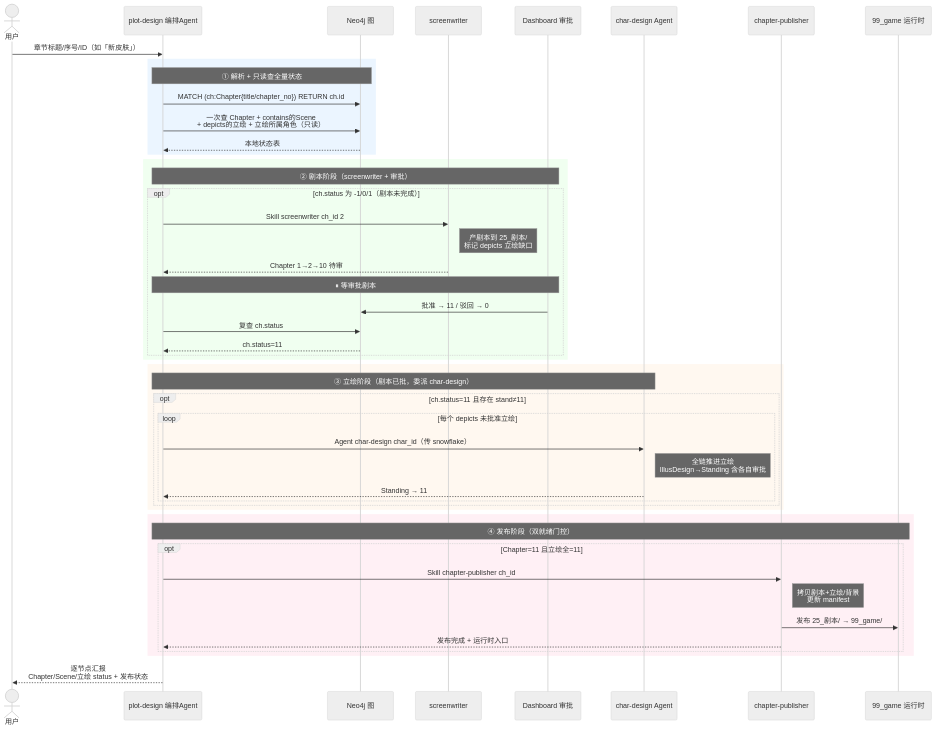
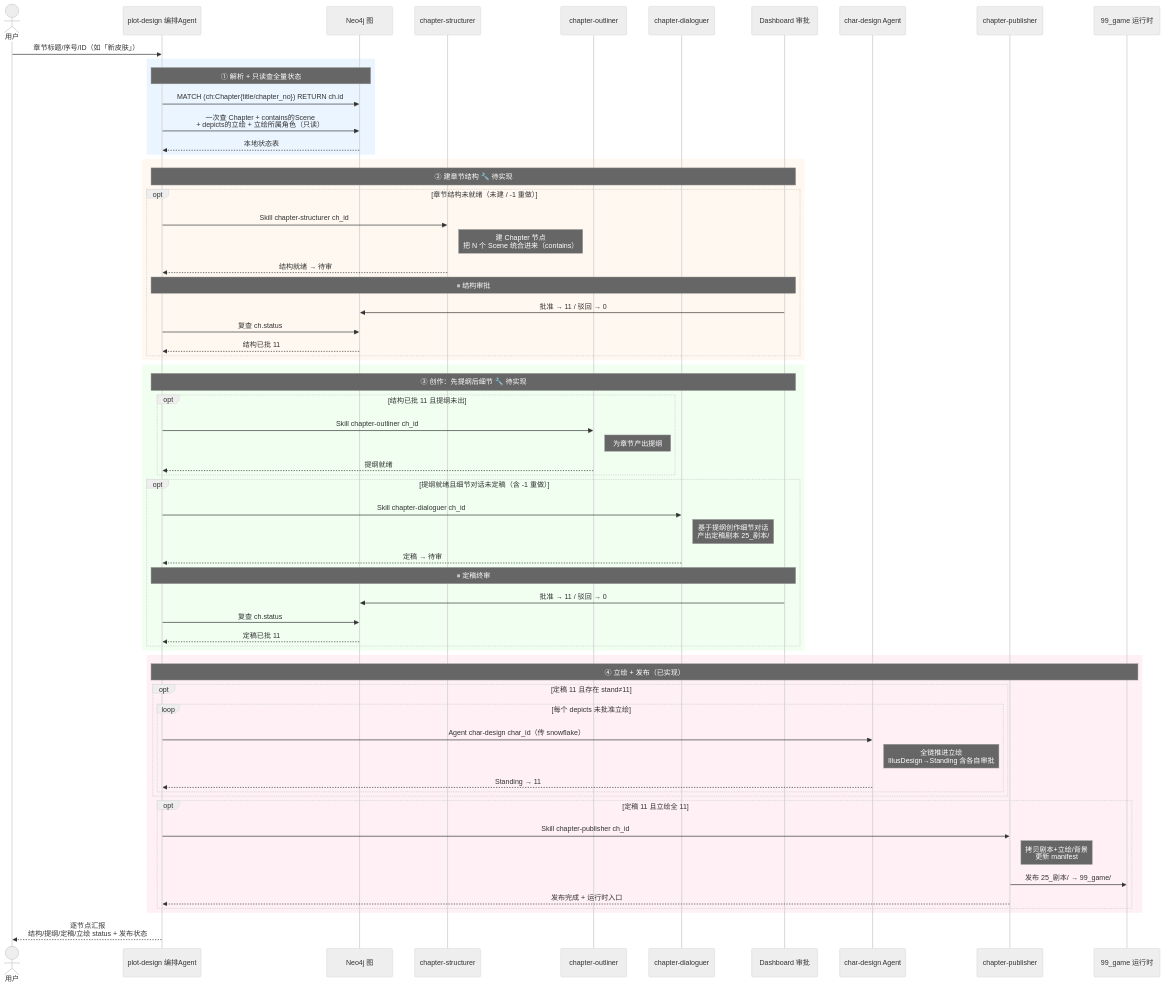
One commit to CrazyJinn/OtheredGlass changed the fifth of 6 diagrams in 编排流程图.md. Above: the diagram before and after it, drawn with Mermaid (neutral theme). The commit also changed other lines of this file, not shown here.

````diff
--- a/编排流程图.md
+++ b/编排流程图.md
@@ -257,56 +277,72 @@
 ```mermaid
 sequenceDiagram
     actor U as 用户
     participant A as plot-design 编排Agent
     participant DB as Neo4j 图
-    participant SW as screenwriter
+    participant ST as chapter-structurer
+    participant OL as chapter-outliner
+    participant DG as chapter-dialoguer
     participant Dash as Dashboard 审批
     participant CD as char-design Agent
     participant Pub as chapter-publisher
     participant Game as 99_game 运行时
 
     U->>A: 章节标题/序号/ID（如「新皮肤」）
 
     rect rgb(235, 245, 255)
     Note over A,DB: ① 解析 + 只读查全量状态
     A->>DB: MATCH (ch:Chapter{title/chapter_no}) RETURN ch.id
     A->>DB: 一次查 Chapter + contains的Scene<br/>+ depicts的立绘 + 立绘所属角色（只读）
     DB-->>A: 本地状态表
     end
 
-    rect rgb(240, 255, 240)
-    Note over A,Dash: ② 剧本阶段（screenwriter + 审批）
-    opt ch.status 为 -1/0/1（剧本未完成）
-        A->>SW: Skill screenwriter ch_id 2
-        Note right of SW: 产剧本到 25_剧本/<br/>标记 depicts 立绘缺口
-        SW-->>A: Chapter 1→2→10 待审
-        Note over A,Dash: ⏸ 等审批剧本
+    rect rgb(255, 248, 240)
+    Note over A,Dash: ② 建章节结构 🔧 待实现
+    opt 章节结构未就绪（未建 / -1 重做）
+        A->>ST: Skill chapter-structurer ch_id
+        Note right of ST: 建 Chapter 节点<br/>把 N 个 Scene 统合进来（contains）
+        ST-->>A: 结构就绪 → 待审
+        Note over A,Dash: ⏸ 结构审批
         Dash->>DB: 批准 → 11 / 驳回 → 0
         A->>DB: 复查 ch.status
-        DB-->>A: ch.status=11
+        DB-->>A: 结构已批 11
     end
     end
 
-    rect rgb(255, 248, 240)
-    Note over A,CD: ③ 立绘阶段（剧本已批，委派 char-design）
-    opt ch.status=11 且存在 stand≠11
+    rect rgb(240, 255, 240)
+    Note over A,Dash: ③ 创作：先提纲后细节 🔧 待实现
+    opt 结构已批 11 且提纲未出
+        A->>OL: Skill chapter-outliner ch_id
+        Note right of OL: 为章节产出提纲
+        OL-->>A: 提纲就绪
+    end
+    opt 提纲就绪且细节对话未定稿（含 -1 重做）
+        A->>DG: Skill chapter-dialoguer ch_id
+        Note right of DG: 基于提纲创作细节对话<br/>产出定稿剧本 25_剧本/
+        DG-->>A: 定稿 → 待审
+        Note over A,Dash: ⏸ 定稿终审
+        Dash->>DB: 批准 → 11 / 驳回 → 0
+        A->>DB: 复查 ch.status
+        DB-->>A: 定稿已批 11
+    end
+    end
+
+    rect rgb(255, 240, 245)
+    Note over A,Game: ④ 立绘 + 发布（已实现）
+    opt 定稿 11 且存在 stand≠11
         loop 每个 depicts 未批准立绘
             A->>CD: Agent char-design char_id（传 snowflake）
             Note right of CD: 全链推进立绘<br/>IllusDesign→Standing 含各自审批
             CD-->>A: Standing → 11
         end
     end
-    end
-
-    rect rgb(255, 240, 245)
-    Note over A,Game: ④ 发布阶段（双就绪门控）
-    opt Chapter=11 且立绘全=11
+    opt 定稿 11 且立绘全 11
         A->>Pub: Skill chapter-publisher ch_id
         Note right of Pub: 拷贝剧本+立绘/背景<br/>更新 manifest
         Pub->>Game: 发布 25_剧本/ → 99_game/
         Pub-->>A: 发布完成 + 运行时入口
     end
     end
 
-    A-->>U: 逐节点汇报<br/>Chapter/Scene/立绘 status + 发布状态
+    A-->>U: 逐节点汇报<br/>结构/提纲/定稿/立绘 status + 发布状态
 ```
````
